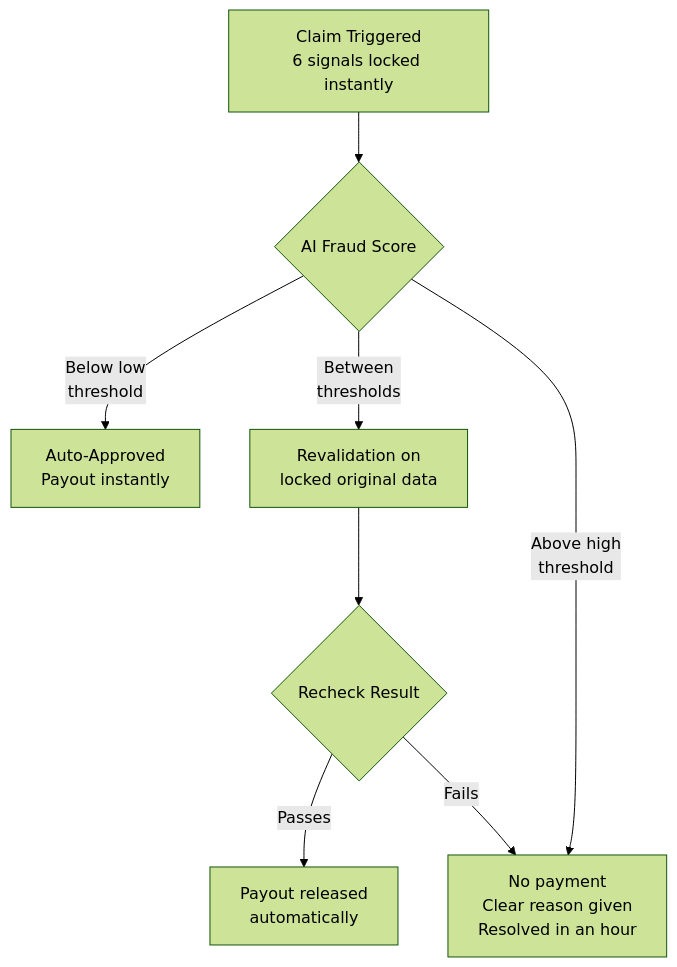
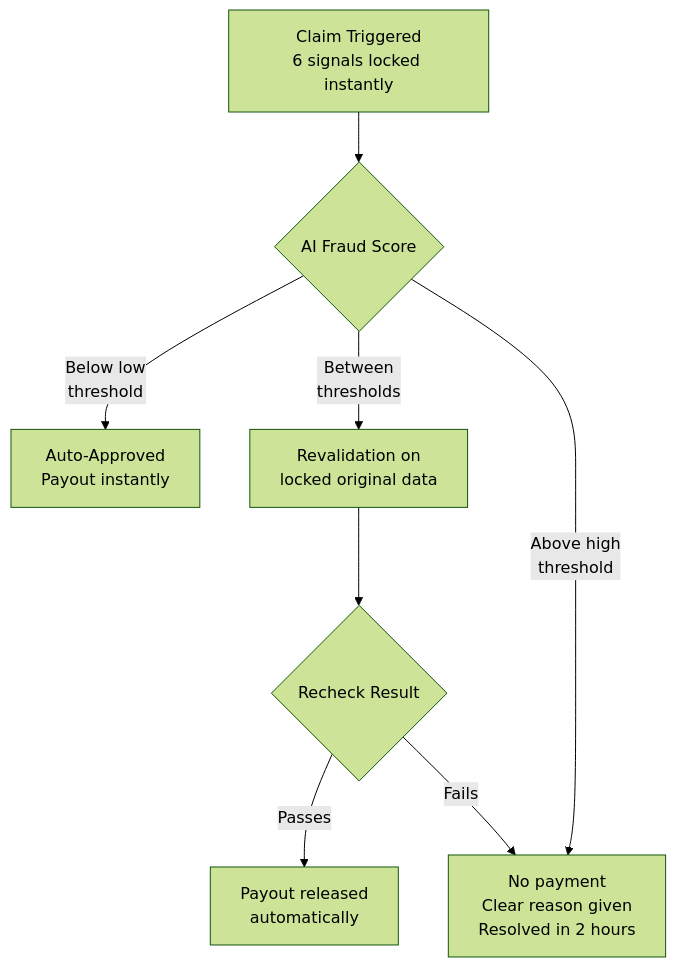
The third of 4 diagrams in README.md (camadhu06/AI-Powered-Insurance-for-India-s-Gig-Economy), drawn with Mermaid (forest theme) before and after one commit. The commit also changed other lines of this file, not shown here.

````diff
--- a/README.md
+++ b/README.md
@@ -221,10 +220,10 @@
 ```mermaid
 flowchart TD
     C[Claim Triggered\n6 signals locked instantly] --> S{AI Fraud Score}
     S -- Below low\nthreshold --> AUTO[Auto-Approved\nPayout instantly]
     S -- Between\nthresholds --> LOCK[Revalidation on\nlocked original data]
     LOCK --> R{Recheck Result}
     R -- Passes --> PAY[Payout released\nautomatically]
-    R -- Fails --> HARD[No payment\nClear reason given\nResolved in an hour]
+    R -- Fails --> HARD[No payment\nClear reason given\nResolved in 2 hours]
     S -- Above high\nthreshold --> HARD
 ```
````
